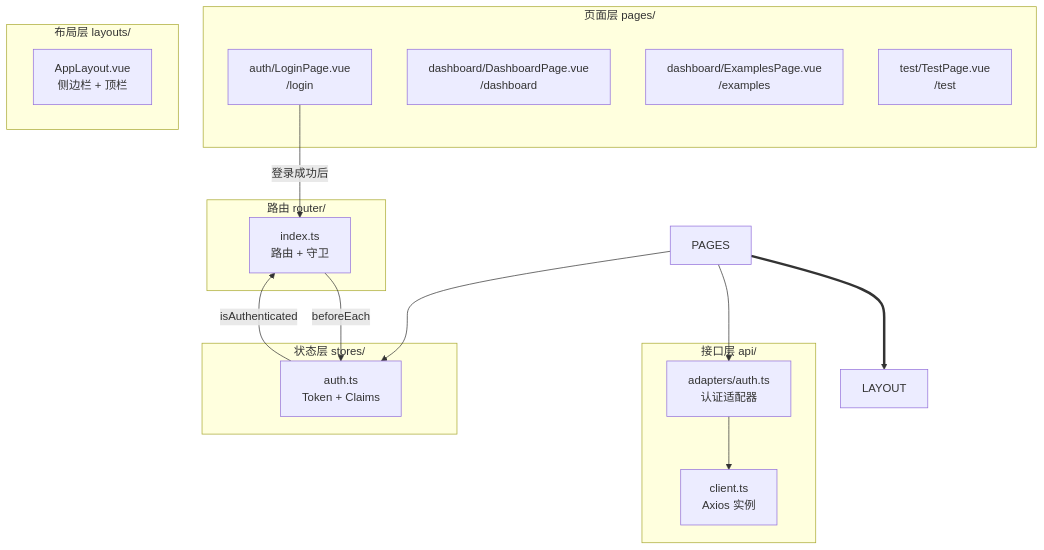
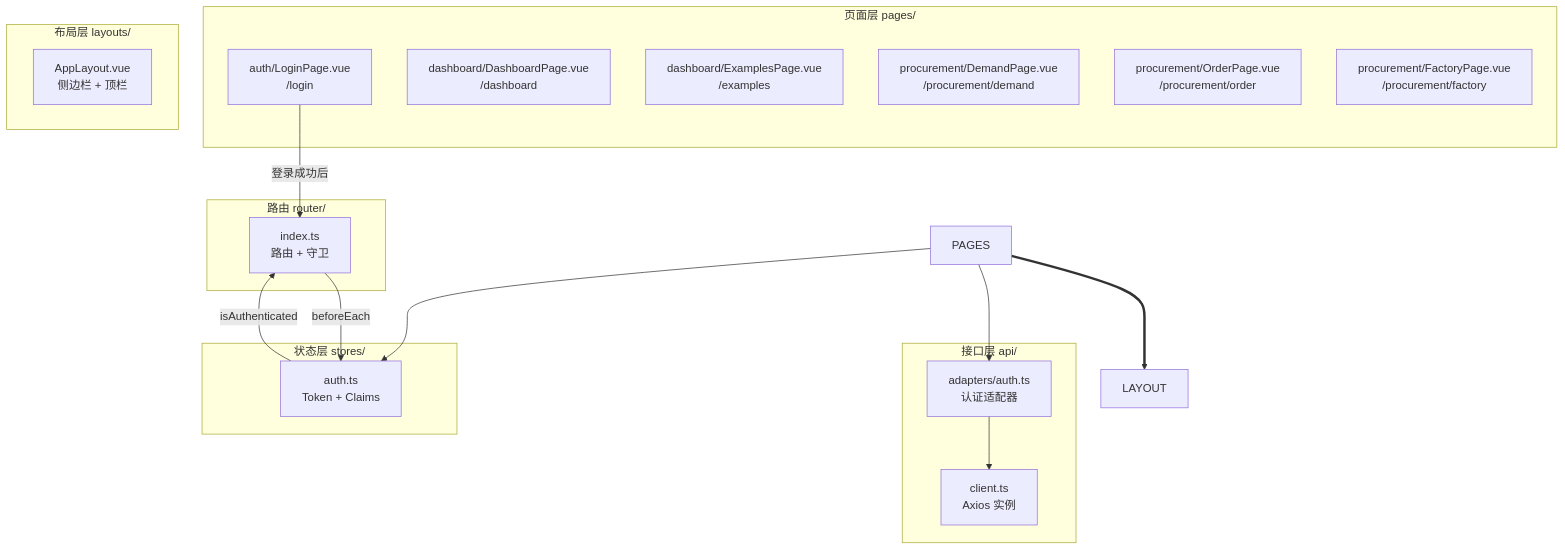
The sixth of 6 diagrams in docs/ui/ARCHITECTURE.md (jieraltjp/ManpouChinaSystem), drawn with Mermaid before and after one commit.

Commit message:
docs: ARCHITECTURE.md 前端路由图更新为 /procurement/order → OrderPage.vue

````diff
--- a/docs/ui/ARCHITECTURE.md
+++ b/docs/ui/ARCHITECTURE.md
@@ -207,34 +207,36 @@
 ```mermaid
 graph TB
     subgraph Pages["页面层 pages/"]
         LOGIN["auth/LoginPage.vue\n/login"]
         DASH["dashboard/DashboardPage.vue\n/dashboard"]
         EXAMPLES["dashboard/ExamplesPage.vue\n/examples"]
-        TEST["test/TestPage.vue\n/test"]
+        DEMAND["procurement/DemandPage.vue\n/procurement/demand"]
+        ORDER["procurement/OrderPage.vue\n/procurement/order"]
+        FACTORY["procurement/FactoryPage.vue\n/procurement/factory"]
     end
 
     subgraph Layout["布局层 layouts/"]
         APP["AppLayout.vue\n侧边栏 + 顶栏"]
     end
 
     subgraph Stores["状态层 stores/"]
         AUTH["auth.ts\nToken + Claims"]
     end
 
     subgraph API["接口层 api/"]
         CLIENT["client.ts\nAxios 实例"]
         ADAPTER["adapters/auth.ts\n认证适配器"]
     end
 
     subgraph Router["路由 router/"]
         ROUTES["index.ts\n路由 + 守卫"]
     end
 
     PAGES ==> LAYOUT
     LOGIN -->|"登录成功后"| ROUTES
     ROUTES -->|"beforeEach"| AUTH
     AUTH -->|"isAuthenticated"| ROUTES
     ADAPTER --> CLIENT
     PAGES --> ADAPTER
     PAGES --> AUTH
 ```
````
